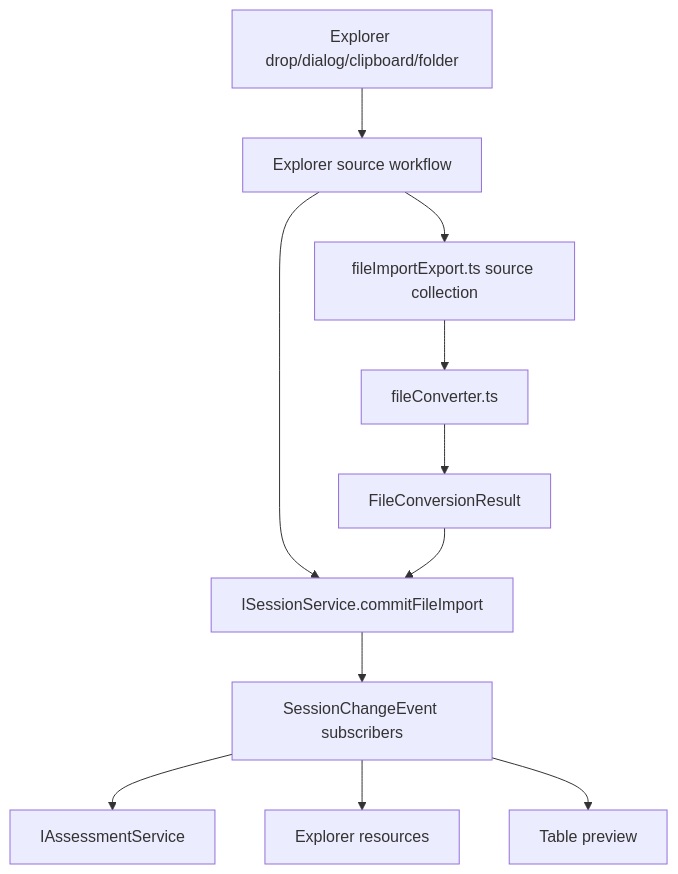
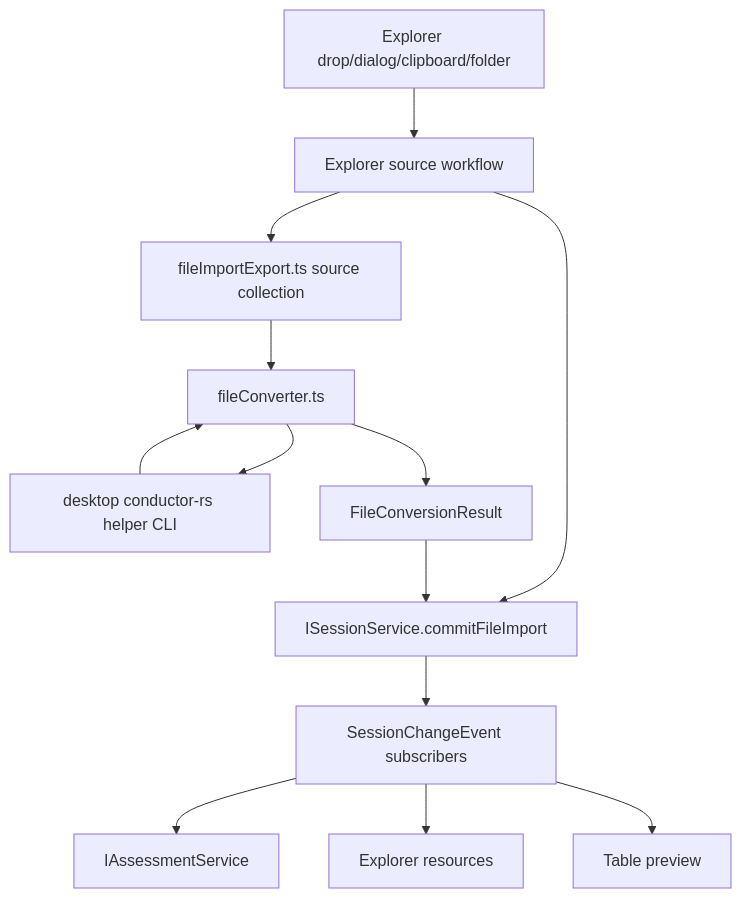
The diagram in .github/instructions/files.instructions.md (chogng/conductor), drawn with Mermaid before and after one commit. The commit also changed other lines of this file and 46 other files, not shown here.

First line of the commit message:
refactor(rust): move helper workspace to cli and extensions

````diff
--- a/.github/instructions/files.instructions.md
+++ b/.github/instructions/files.instructions.md
@@ -223,13 +231,15 @@
 ```mermaid
 flowchart TD
     User[Explorer drop/dialog/clipboard/folder] --> Workflow[Explorer source workflow]
     Workflow --> Source[fileImportExport.ts source collection]
     Source --> Converter[fileConverter.ts]
+    Converter --> DesktopRust[desktop conductor-rs helper CLI]
+    DesktopRust --> Converter
     Converter --> Result[FileConversionResult]
     Workflow --> Session[ISessionService.commitFileImport]
     Result --> Session
     Session --> Consumers[SessionChangeEvent subscribers]
     Consumers --> Assessment[IAssessmentService]
     Consumers --> Explorer[Explorer resources]
     Consumers --> Table[Table preview]
 ```
````
